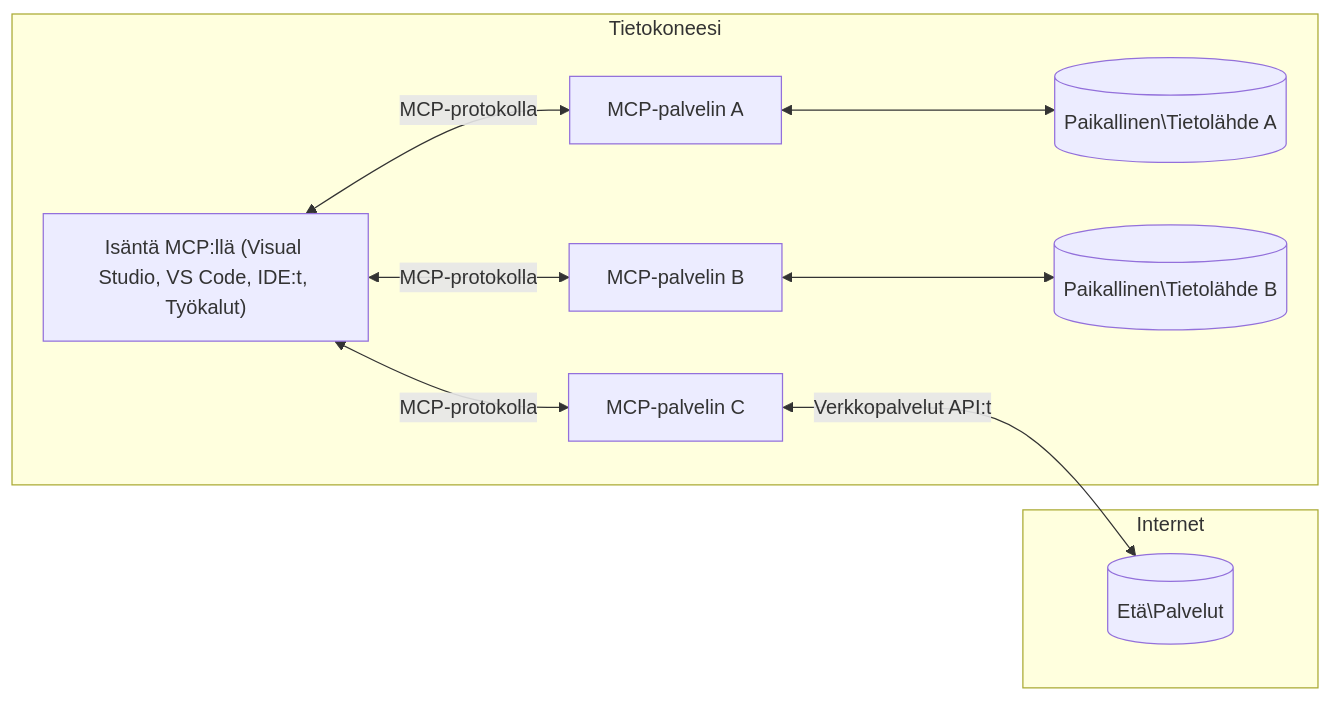
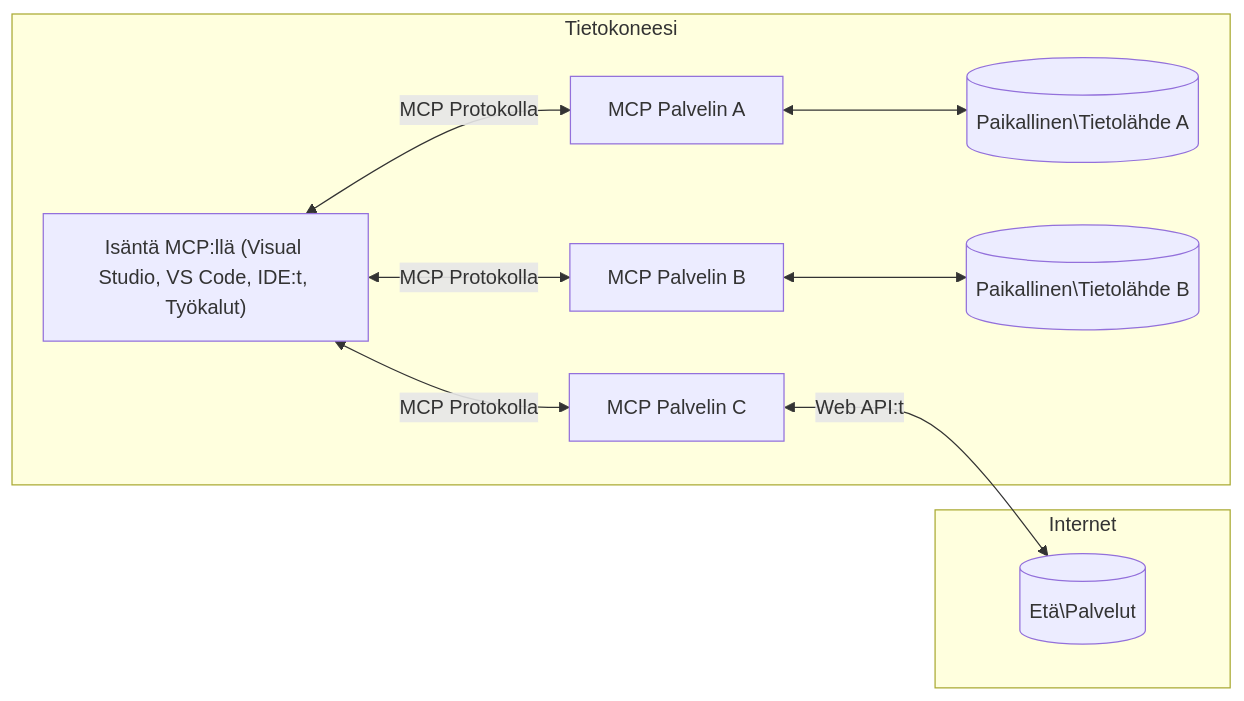
The diagram in mcp_ecosystem__model_context_protocol/mcp_learning_resources/mcp-for-beginners/translations/fi/01-CoreConcepts/README.md (HIDORAKAI002/ai-workspace-archive), drawn with Mermaid before and after one commit. The commit also changed other lines of this file and 1046 other files, not shown here.

````diff
--- a/mcp_ecosystem__model_context_protocol/mcp_learning_resources/mcp-for-beginners/translations/fi/01-CoreConcepts/README.md
+++ b/mcp_ecosystem__model_context_protocol/mcp_learning_resources/mcp-for-beginners/translations/fi/01-CoreConcepts/README.md
@@ -45,17 +45,17 @@
 ```mermaid
 flowchart LR
     subgraph "Tietokoneesi"
         Host["Isäntä MCP:llä (Visual Studio, VS Code, IDE:t, Työkalut)"]
-        S1["MCP-palvelin A"]
-        S2["MCP-palvelin B"]
-        S3["MCP-palvelin C"]
-        Host <-->|"MCP-protokolla"| S1
-        Host <-->|"MCP-protokolla"| S2
-        Host <-->|"MCP-protokolla"| S3
+        S1["MCP Palvelin A"]
+        S2["MCP Palvelin B"]
+        S3["MCP Palvelin C"]
+        Host <-->|"MCP Protokolla"| S1
+        Host <-->|"MCP Protokolla"| S2
+        Host <-->|"MCP Protokolla"| S3
         S1 <--> D1[("Paikallinen\Tietolähde A")]
         S2 <--> D2[("Paikallinen\Tietolähde B")]
     end
     subgraph "Internet"
-        S3 <-->|"Verkkopalvelut API:t"| D3[("Etä\Palvelut")]
+        S3 <-->|"Web API:t"| D3[("Etä\Palvelut")]
     end
 ```
````
